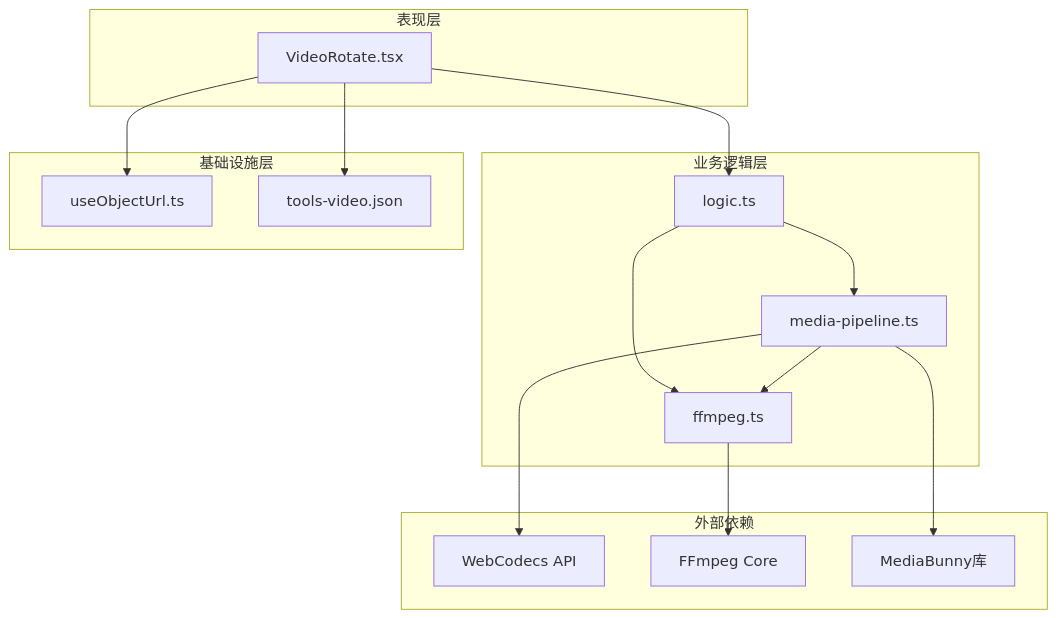
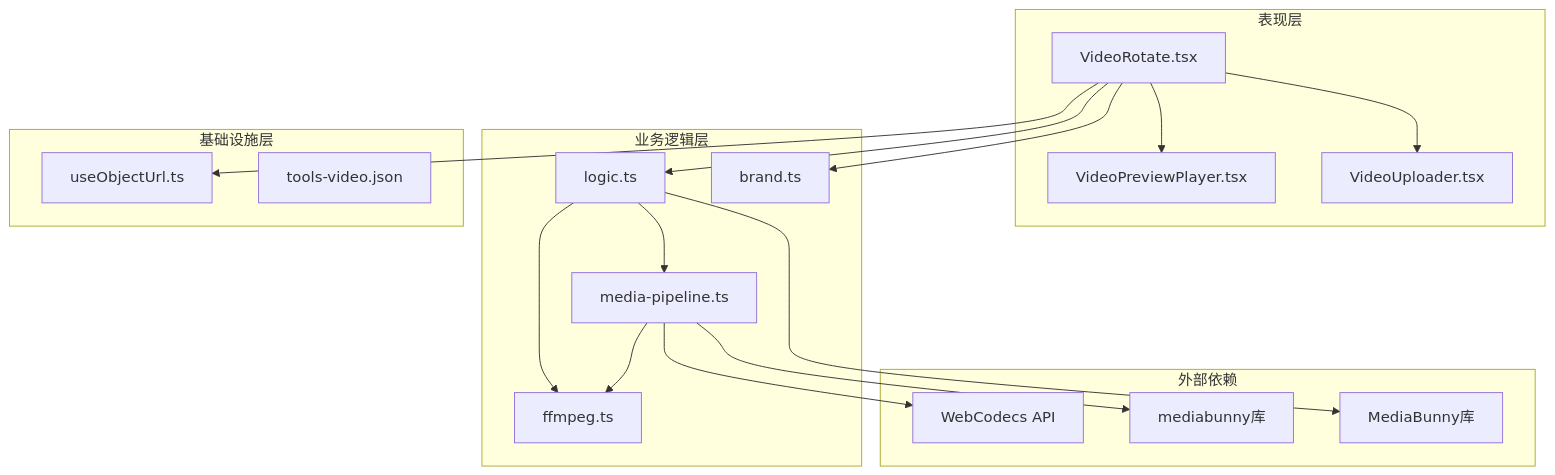
Before and after one commit to sgyy/privadeck: the seventh of 8 diagrams in .qoder/repowiki/zh/content/视频工具/视频旋转工具.md, drawn with Mermaid. The commit also changed other lines of this file and 3 other files, not shown here.

First line of the commit message:
feat(image-crop): 升级图像裁剪工具到 react-advanced-cropper

````diff
--- a/.qoder/repowiki/zh/content/视频工具/视频旋转工具.md
+++ b/.qoder/repowiki/zh/content/视频工具/视频旋转工具.md
@@ -240,29 +305,34 @@
 ```mermaid
 graph TB
 subgraph "表现层"
 VR[VideoRotate.tsx]
+VPP[VideoPreviewPlayer.tsx]
+VU[VideoUploader.tsx]
 end
 subgraph "业务逻辑层"
 VL[logic.ts]
 MP[media-pipeline.ts]
 FF[ffmpeg.ts]
+BRAND[brand.ts]
 end
 subgraph "基础设施层"
 UOU[useObjectUrl.ts]
 I18N[tools-video.json]
 end
+VR --> VPP
+VR --> VU
 VR --> VL
 VR --> UOU
-VR --> I18N
+VR --> BRAND
 VL --> MP
 VL --> FF
 MP --> FF
 subgraph "外部依赖"
 WC[WebCodecs API]
-FFCore[FFmpeg Core]
+MB[mediabunny库]
 MediaBunny[MediaBunny库]
 end
 MP --> WC
-MP --> MediaBunny
-FF --> FFCore
+MP --> MB
+VL --> MediaBunny
 ```
````
